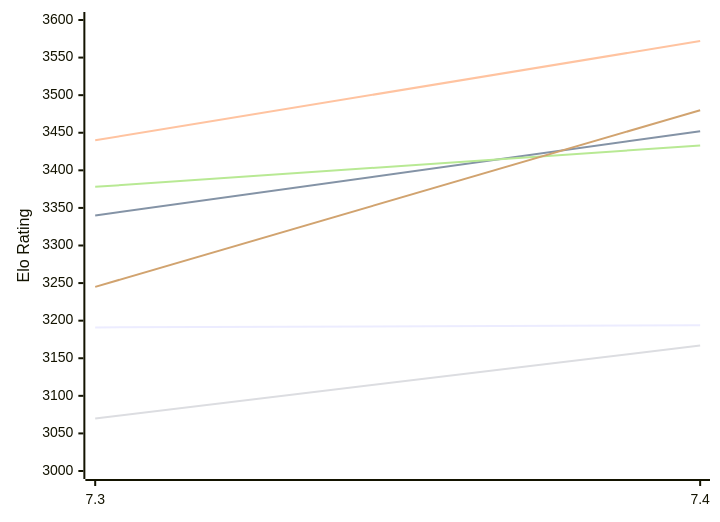
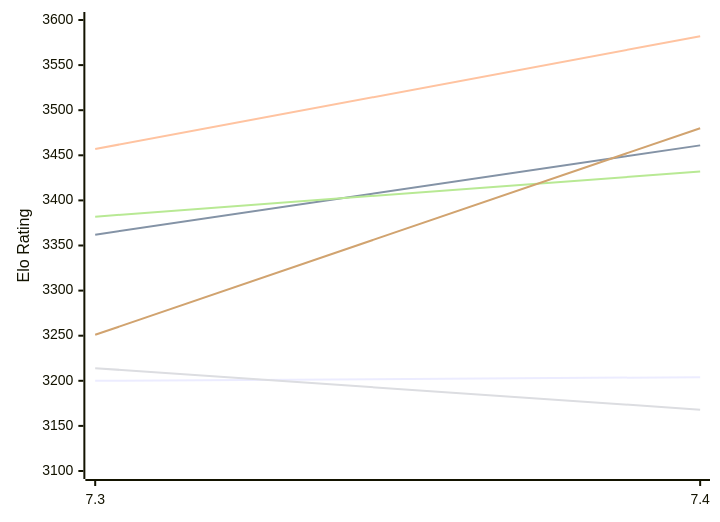
Before and after one commit to computer-chess-index/cci: the diagram in engines/Booot.md, drawn with Mermaid. The commit also changed other lines of this file, not shown here.

Commit message:
Update CCI Ratings (ELO VLTC) - 2026-11-16

````diff
--- a/engines/Booot.md
+++ b/engines/Booot.md
@@ -49,12 +49,12 @@
 ```mermaid
 %%{init: {"theme":"base","themeVariables":{"seriesColors:['#a3a3a3','#222221','#faa371']}}}%%
 xychart-beta
   x-axis ["7.3", "7.4"]
-  y-axis "Elo Rating" 3000 --> 3600
-  line "E1: STC (8.0+0.08s)" [3191, 3194]
-  line "E1: LTC (60.0+0.60s)" [3340, 3452]
-  line "E1: VLTC (2m24s+1.12s)" [3440, 3572]
-  line "P1: STC (8.0+0.08s)" [3070, 3167]
-  line "P1: LTC (60.0+0.60s)" [3378, 3433]
-  line "P1: VLTC (2m24s+1.12s)" [3245, 3480]
+  y-axis "Elo Rating" 3100 --> 3600
+  line "E1: STC (8.0+0.08s)" [3200, 3204]
+  line "E1: LTC (60.0+0.60s)" [3362, 3461]
+  line "E1: VLTC (2m24s+1.12s)" [3457, 3582]
+  line "P1: STC (8.0+0.08s)" [3214, 3168]
+  line "P1: LTC (60.0+0.60s)" [3382, 3432]
+  line "P1: VLTC (2m24s+1.12s)" [3251, 3480]
 ```
````
